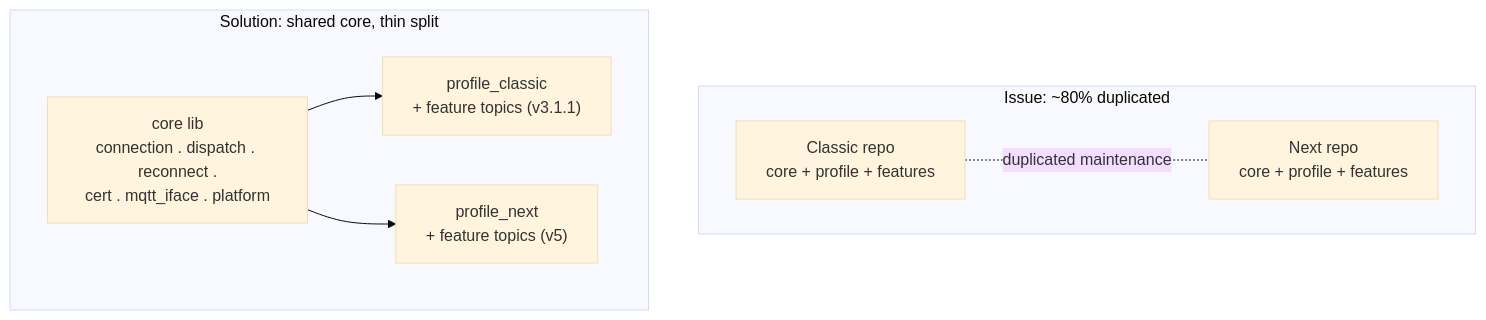
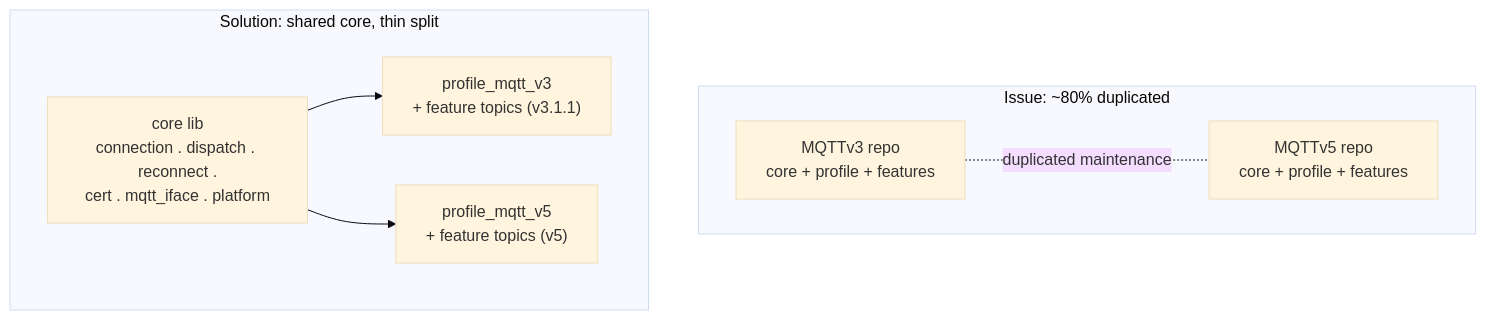
Before and after one commit to Azure/azure-iot-sdk: the fifth of 20 diagrams in c/docs/eng/split-client.md, drawn with Mermaid (base theme). The commit also changed other lines of this file and 99 other files, not shown here.

First line of the commit message:
[C] Rename Classic/Next/AEG to MQTTv3/MQTTv5 (#274)

````diff
--- a/c/docs/eng/split-client.md
+++ b/c/docs/eng/split-client.md
@@ -228,16 +228,16 @@
 ```mermaid
 flowchart TB
     subgraph ISSUE["Issue: ~80% duplicated"]
-        D1["Classic repo<br/>core + profile + features"]
-        D2["Next repo<br/>core + profile + features"]
+        D1["MQTTv3 repo<br/>core + profile + features"]
+        D2["MQTTv5 repo<br/>core + profile + features"]
         D1 -. "duplicated maintenance" .- D2
     end
 
     subgraph FIX["Solution: shared core, thin split"]
         CORE["core lib<br/>connection . dispatch . reconnect .<br/>cert . mqtt_iface . platform"]
-        PC["profile_classic<br/>+ feature topics (v3.1.1)"]
-        PN["profile_next<br/>+ feature topics (v5)"]
+        PC["profile_mqtt_v3<br/>+ feature topics (v3.1.1)"]
+        PN["profile_mqtt_v5<br/>+ feature topics (v5)"]
         CORE --> PC
         CORE --> PN
     end
 ```
````
